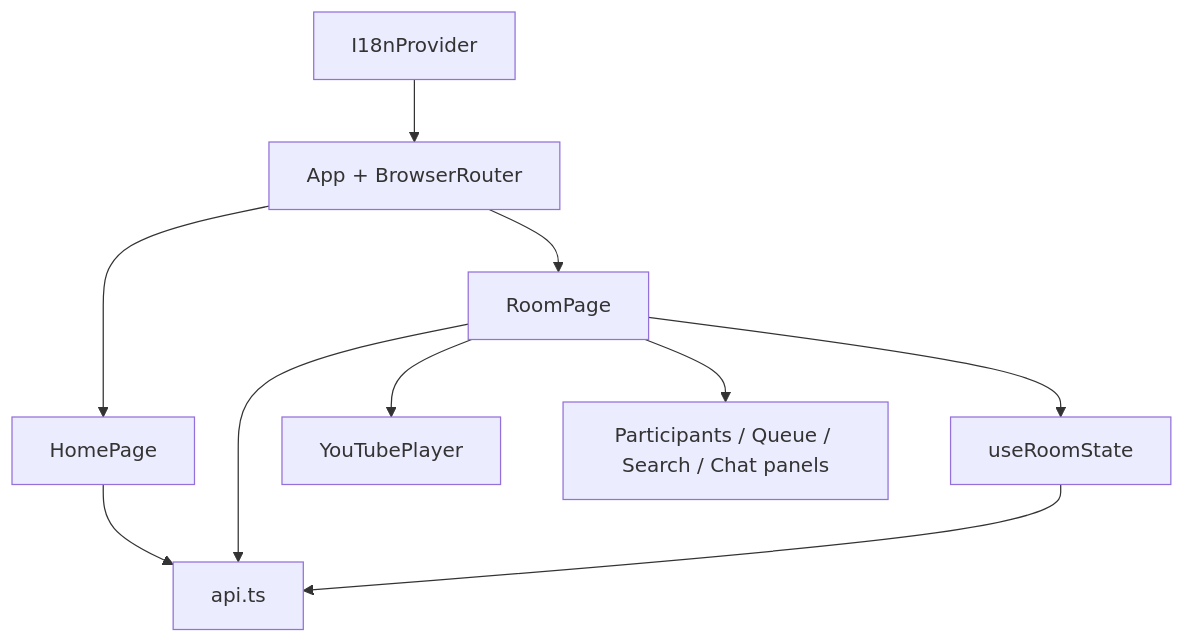
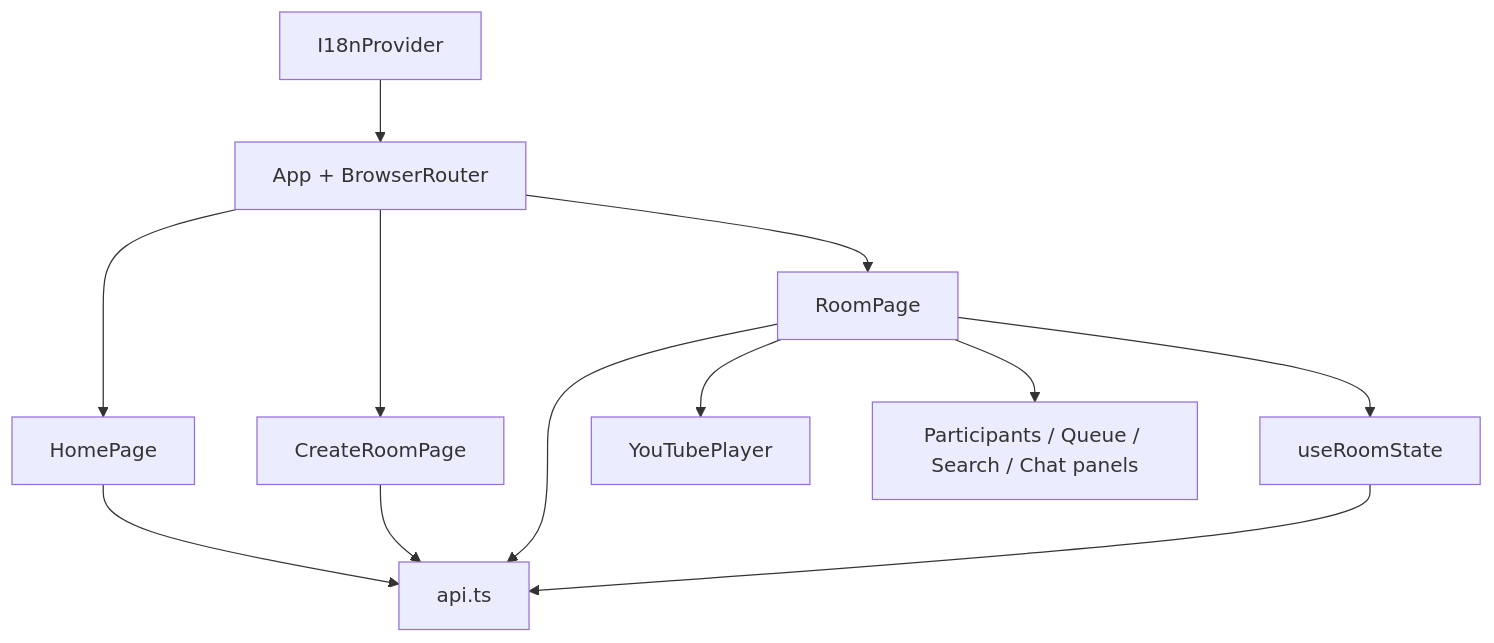
The third of 7 diagrams in docs/ARCHITECTURE.md (whitekw/jukebox), drawn with Mermaid before and after one commit. The commit also changed other lines of this file and 19 other files, not shown here.

````diff
--- a/docs/ARCHITECTURE.md
+++ b/docs/ARCHITECTURE.md
@@ -113,21 +113,24 @@
 ```mermaid
 flowchart TB
     APP[App + BrowserRouter]
     HOME[HomePage]
+    CREATE[CreateRoomPage]
     ROOM[RoomPage]
     HOOK[useRoomState]
     API[api.ts]
     PLAYER[YouTubePlayer]
     PANELS[Participants / Queue / Search / Chat panels]
     I18N[I18nProvider]
 
     I18N --> APP
     APP --> HOME
+    APP --> CREATE
     APP --> ROOM
     HOME --> API
+    CREATE --> API
     ROOM --> HOOK
     ROOM --> API
     ROOM --> PLAYER
     ROOM --> PANELS
     HOOK --> API
 ```
````
